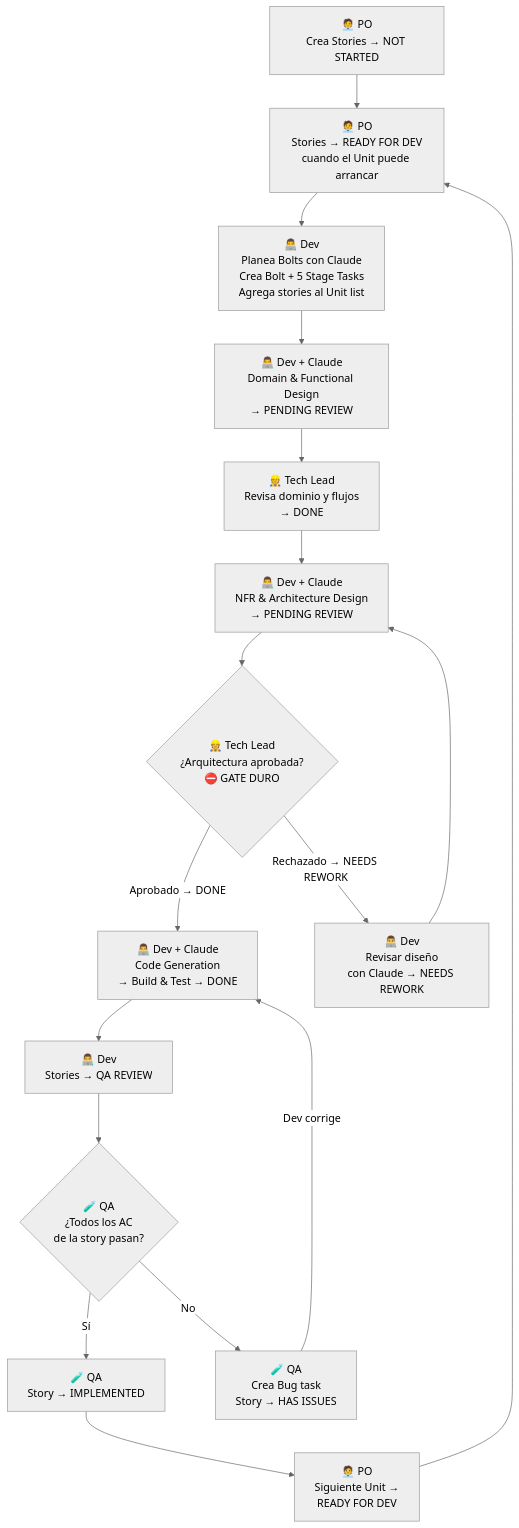
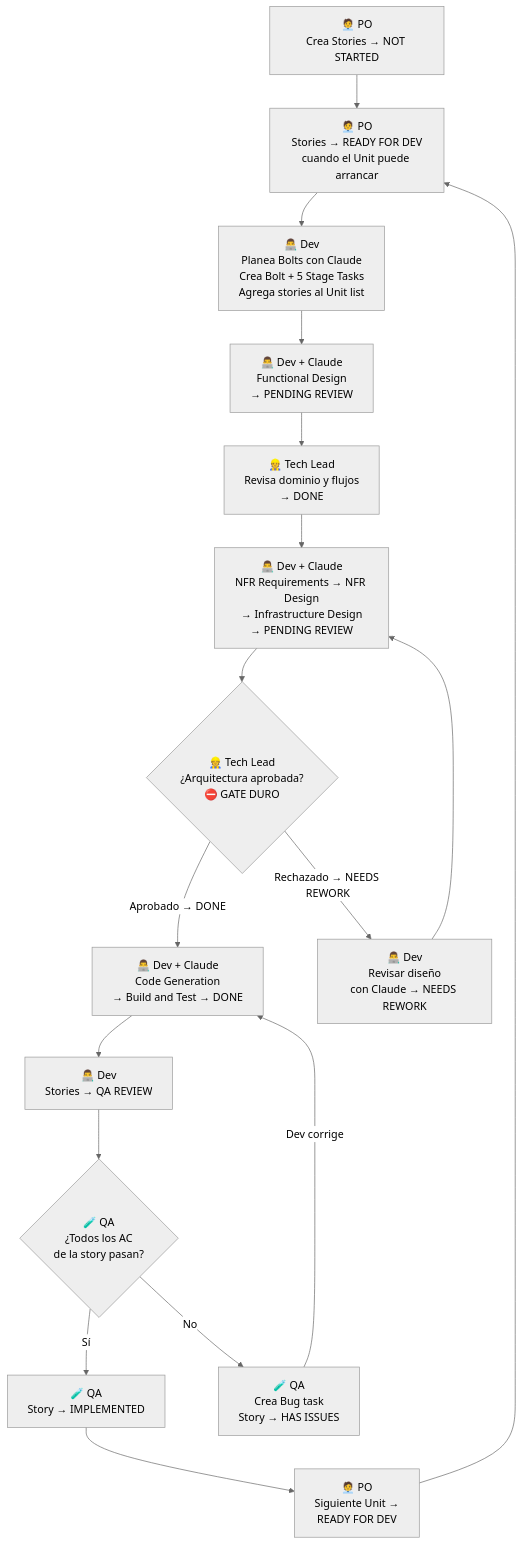
Before and after one commit to carconnect-ec/aidlc-workflows: the second of 2 diagrams in docs/CLICKUP-ROLES.md, drawn with Mermaid (neutral theme). The commit also changed other lines of this file and 1 other file, not shown here.

````diff
--- a/docs/CLICKUP-ROLES.md
+++ b/docs/CLICKUP-ROLES.md
@@ -41,34 +42,34 @@
 ```mermaid
 flowchart TD
     P1["🧑‍💼 PO\nCrea Stories → NOT STARTED"]
     P2["🧑‍💼 PO\nStories → READY FOR DEV\ncuando el Unit puede arrancar"]
     D1["👨‍💻 Dev\nPlanea Bolts con Claude\nCrea Bolt + 5 Stage Tasks\nAgrega stories al Unit list"]
-    D2["👨‍💻 Dev + Claude\nDomain & Functional Design\n→ PENDING REVIEW"]
+    D2["👨‍💻 Dev + Claude\nFunctional Design\n→ PENDING REVIEW"]
     TL1["👷 Tech Lead\nRevisa dominio y flujos\n→ DONE"]
-    D3["👨‍💻 Dev + Claude\nNFR & Architecture Design\n→ PENDING REVIEW"]
+    D3["👨‍💻 Dev + Claude\nNFR Requirements → NFR Design\n→ Infrastructure Design\n→ PENDING REVIEW"]
     TL2{"👷 Tech Lead\n¿Arquitectura aprobada?\n⛔ GATE DURO"}
     RW["👨‍💻 Dev\nRevisar diseño\ncon Claude → NEEDS REWORK"]
-    D4["👨‍💻 Dev + Claude\nCode Generation\n→ Build & Test → DONE"]
+    D4["👨‍💻 Dev + Claude\nCode Generation\n→ Build and Test → DONE"]
     D5["👨‍💻 Dev\nStories → QA REVIEW"]
     Q1{"🧪 QA\n¿Todos los AC\nde la story pasan?"}
     Q2["🧪 QA\nStory → IMPLEMENTED"]
     Q3["🧪 QA\nCrea Bug task\nStory → HAS ISSUES"]
     P3["🧑‍💼 PO\nSiguiente Unit →\nREADY FOR DEV"]
 
     P1 --> P2
     P2 --> D1
     D1 --> D2
     D2 --> TL1
     TL1 --> D3
     D3 --> TL2
     TL2 -->|Aprobado → DONE| D4
     TL2 -->|Rechazado → NEEDS REWORK| RW
     RW --> D3
     D4 --> D5
     D5 --> Q1
     Q1 -->|Sí| Q2
     Q1 -->|No| Q3
     Q3 -->|Dev corrige| D4
     Q2 --> P3
     P3 --> P2
 ```
````
